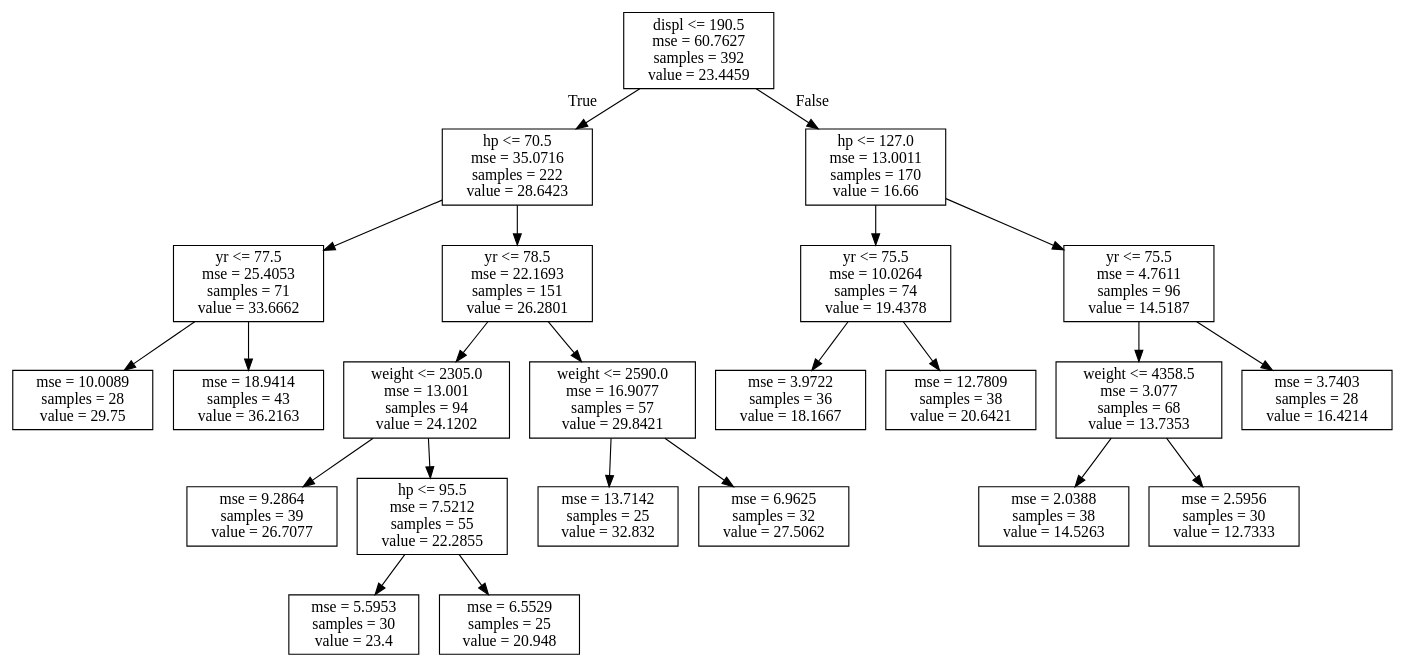
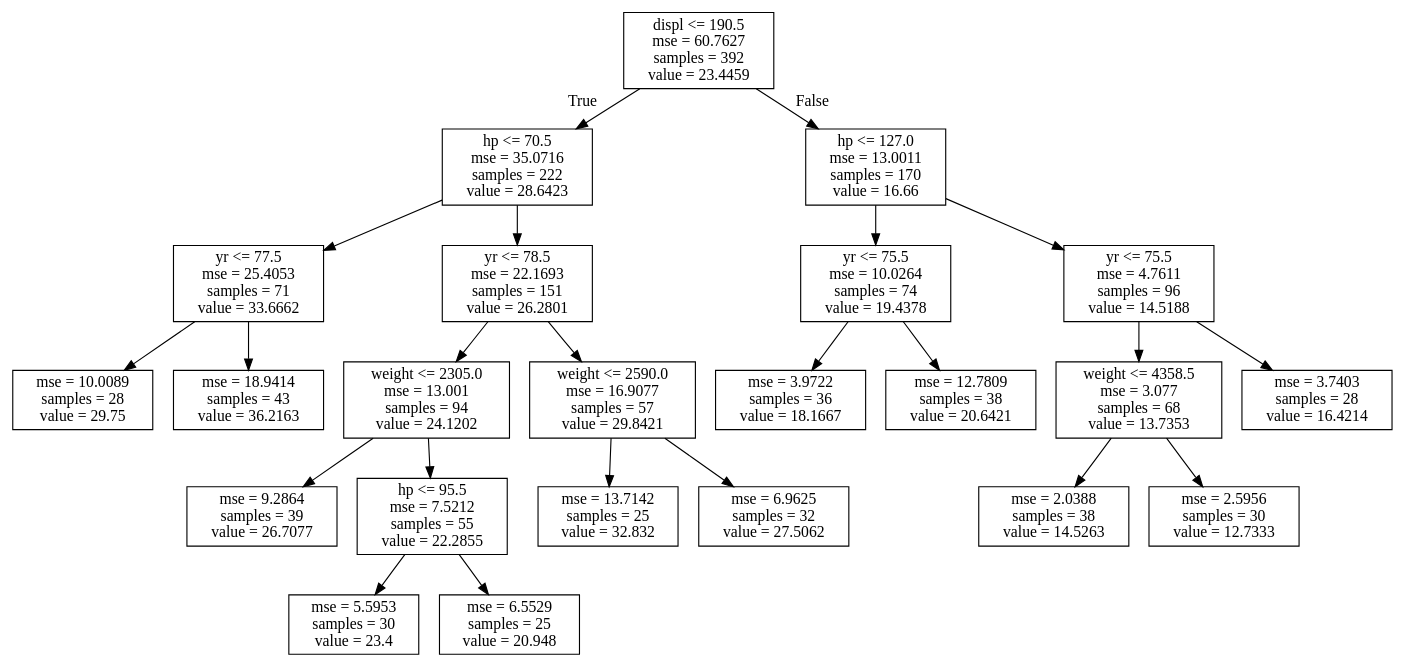
One commit to gibsondanield/edaHelper changed the diagram in mpg.dot. Above: the diagram before and after it, drawn with Graphviz. The commit also changed 2 other files, not shown here.

```diff
--- a/mpg.dot
+++ b/mpg.dot
@@ -1,48 +1,48 @@
 digraph Tree {
 node [shape=box] ;
 0 [label="displ <= 190.5\nmse = 60.7627\nsamples = 392\nvalue = 23.4459"] ;
 1 [label="hp <= 70.5\nmse = 35.0716\nsamples = 222\nvalue = 28.6423"] ;
 0 -> 1 [labeldistance=2.5, labelangle=45, headlabel="True"] ;
 2 [label="yr <= 77.5\nmse = 25.4053\nsamples = 71\nvalue = 33.6662"] ;
 1 -> 2 ;
 3 [label="mse = 10.0089\nsamples = 28\nvalue = 29.75"] ;
 2 -> 3 ;
 4 [label="mse = 18.9414\nsamples = 43\nvalue = 36.2163"] ;
 2 -> 4 ;
 5 [label="yr <= 78.5\nmse = 22.1693\nsamples = 151\nvalue = 26.2801"] ;
 1 -> 5 ;
 6 [label="weight <= 2305.0\nmse = 13.001\nsamples = 94\nvalue = 24.1202"] ;
 5 -> 6 ;
 7 [label="mse = 9.2864\nsamples = 39\nvalue = 26.7077"] ;
 6 -> 7 ;
 8 [label="hp <= 95.5\nmse = 7.5212\nsamples = 55\nvalue = 22.2855"] ;
 6 -> 8 ;
 9 [label="mse = 5.5953\nsamples = 30\nvalue = 23.4"] ;
 8 -> 9 ;
 10 [label="mse = 6.5529\nsamples = 25\nvalue = 20.948"] ;
 8 -> 10 ;
 11 [label="weight <= 2590.0\nmse = 16.9077\nsamples = 57\nvalue = 29.8421"] ;
 5 -> 11 ;
 12 [label="mse = 13.7142\nsamples = 25\nvalue = 32.832"] ;
 11 -> 12 ;
 13 [label="mse = 6.9625\nsamples = 32\nvalue = 27.5062"] ;
 11 -> 13 ;
 14 [label="hp <= 127.0\nmse = 13.0011\nsamples = 170\nvalue = 16.66"] ;
 0 -> 14 [labeldistance=2.5, labelangle=-45, headlabel="False"] ;
 15 [label="yr <= 75.5\nmse = 10.0264\nsamples = 74\nvalue = 19.4378"] ;
 14 -> 15 ;
 16 [label="mse = 3.9722\nsamples = 36\nvalue = 18.1667"] ;
 15 -> 16 ;
 17 [label="mse = 12.7809\nsamples = 38\nvalue = 20.6421"] ;
 15 -> 17 ;
-18 [label="yr <= 75.5\nmse = 4.7611\nsamples = 96\nvalue = 14.5187"] ;
+18 [label="yr <= 75.5\nmse = 4.7611\nsamples = 96\nvalue = 14.5188"] ;
 14 -> 18 ;
 19 [label="weight <= 4358.5\nmse = 3.077\nsamples = 68\nvalue = 13.7353"] ;
 18 -> 19 ;
 20 [label="mse = 2.0388\nsamples = 38\nvalue = 14.5263"] ;
 19 -> 20 ;
 21 [label="mse = 2.5956\nsamples = 30\nvalue = 12.7333"] ;
 19 -> 21 ;
 22 [label="mse = 3.7403\nsamples = 28\nvalue = 16.4214"] ;
 18 -> 22 ;
 }
```
